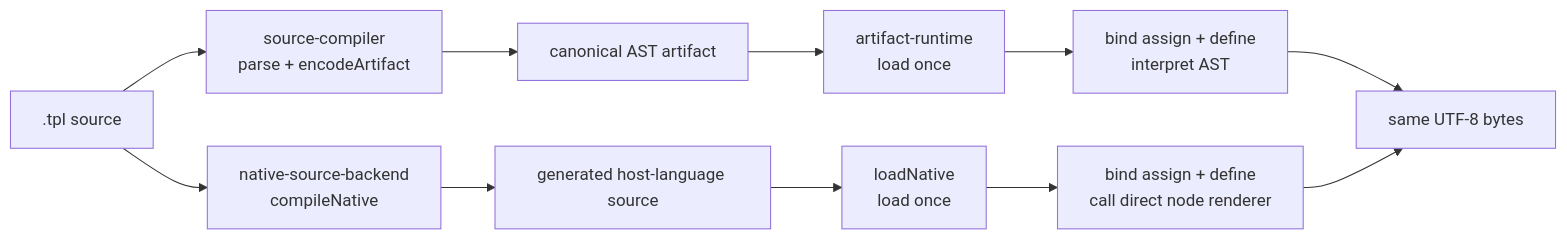
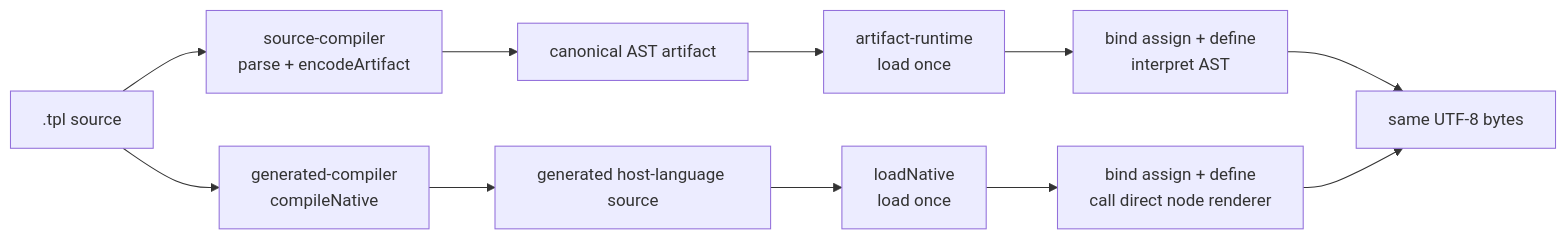
The diagram in tools/showcase/adapters/generated/execution-modes.mmd (polyspec/template), drawn with Mermaid before and after one commit. The commit also changed 5 other files, not shown here.

Commit message:
Make generated compiler a first class support level

```diff
--- a/tools/showcase/adapters/generated/execution-modes.mmd
+++ b/tools/showcase/adapters/generated/execution-modes.mmd
@@ -1,11 +1,11 @@
 flowchart LR
   Source[".tpl source"] --> ASTCompile["source-compiler<br/>parse + encodeArtifact"]
   ASTCompile --> ASTArtifact["canonical AST artifact"]
   ASTArtifact --> ASTLoad["artifact-runtime<br/>load once"]
   ASTLoad --> ASTRender["bind assign + define<br/>interpret AST"]
-  Source --> NativeCompile["native-source-backend<br/>compileNative"]
+  Source --> NativeCompile["generated-compiler<br/>compileNative"]
   NativeCompile --> NativeArtifact["generated host-language source"]
   NativeArtifact --> NativeLoad["loadNative<br/>load once"]
   NativeLoad --> NativeRender["bind assign + define<br/>call direct node renderer"]
   ASTRender --> Bytes["same UTF-8 bytes"]
   NativeRender --> Bytes
```
